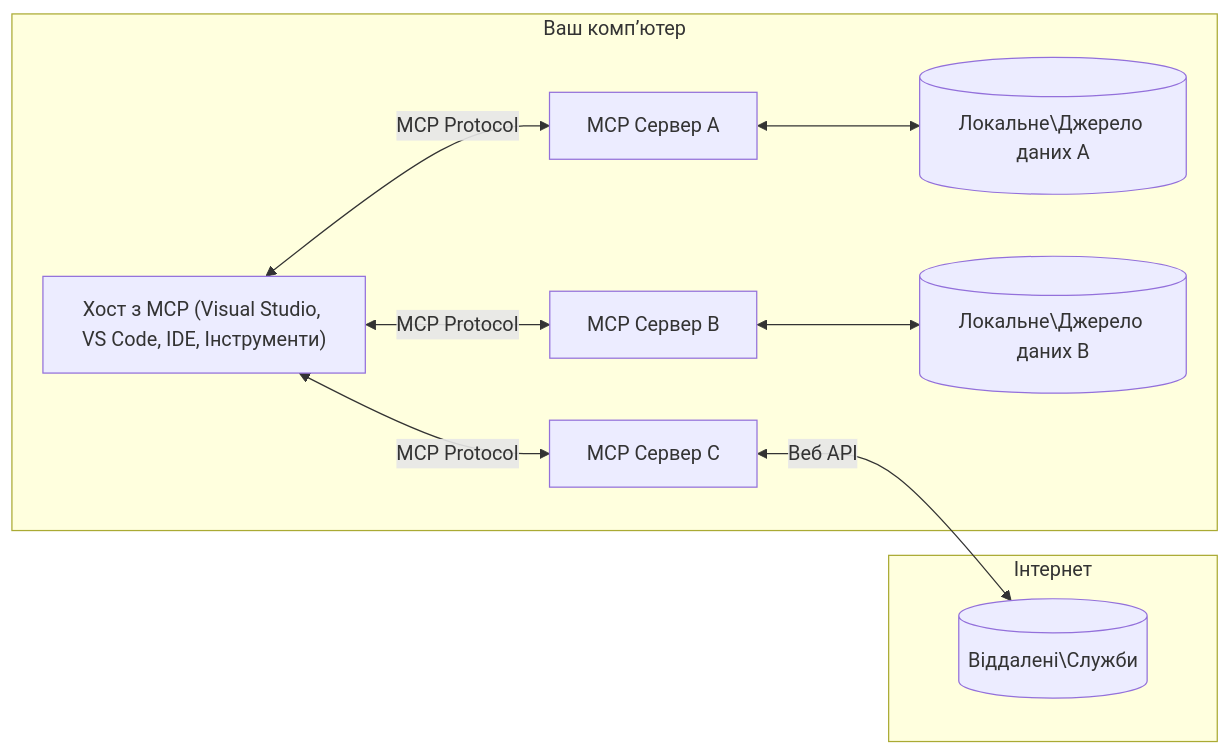
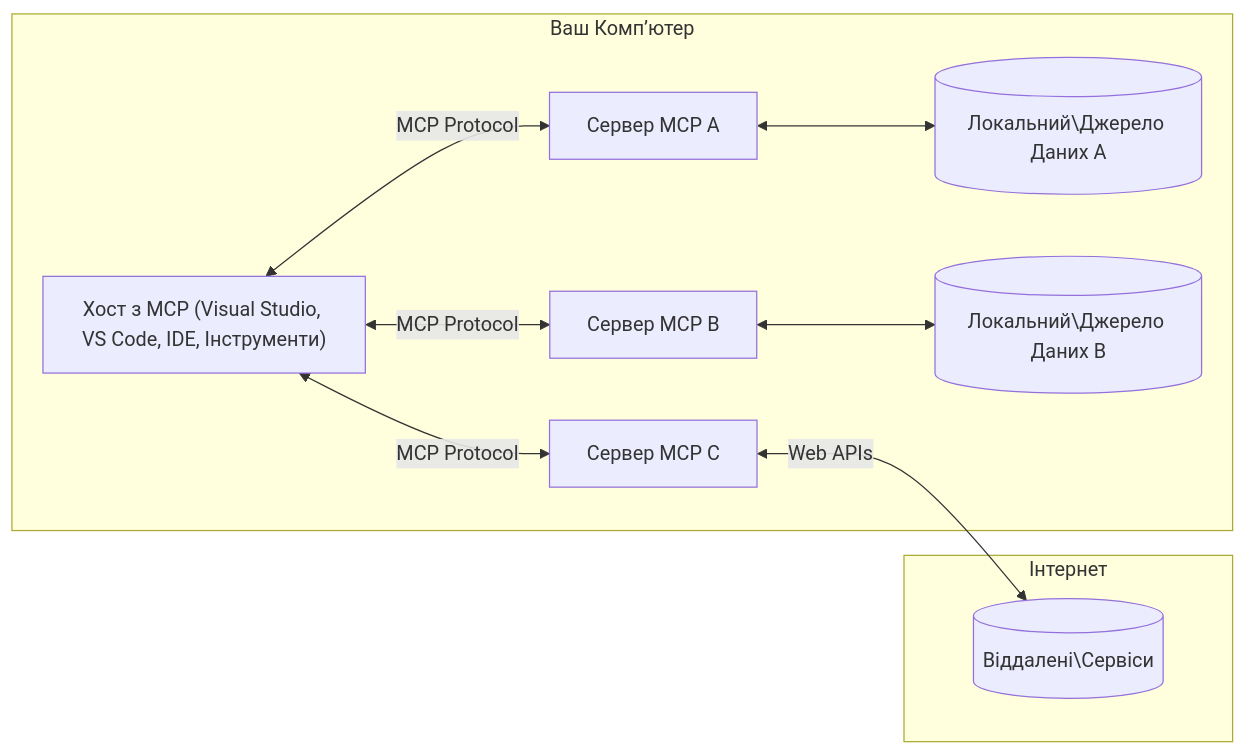
The diagram in translations/uk/01-CoreConcepts/README.md (Mu-L/mcp-for-beginners), drawn with Mermaid before and after one commit. The commit also changed other lines of this file and 5 other files, not shown here.

````diff
--- a/translations/uk/01-CoreConcepts/README.md
+++ b/translations/uk/01-CoreConcepts/README.md
@@ -45,17 +45,17 @@
 ```mermaid
 flowchart LR
-    subgraph "Ваш комп’ютер"
+    subgraph "Ваш Комп’ютер"
         Host["Хост з MCP (Visual Studio, VS Code, IDE, Інструменти)"]
-        S1["MCP Сервер A"]
-        S2["MCP Сервер B"]
-        S3["MCP Сервер C"]
+        S1["Сервер MCP A"]
+        S2["Сервер MCP B"]
+        S3["Сервер MCP C"]
         Host <-->|"MCP Protocol"| S1
         Host <-->|"MCP Protocol"| S2
         Host <-->|"MCP Protocol"| S3
-        S1 <--> D1[("Локальне\Джерело даних A")]
-        S2 <--> D2[("Локальне\Джерело даних B")]
+        S1 <--> D1[("Локальний\Джерело Даних A")]
+        S2 <--> D2[("Локальний\Джерело Даних B")]
     end
     subgraph "Інтернет"
-        S3 <-->|"Веб API"| D3[("Віддалені\Служби")]
+        S3 <-->|"Web APIs"| D3[("Віддалені\Сервіси")]
     end
 ```
````
